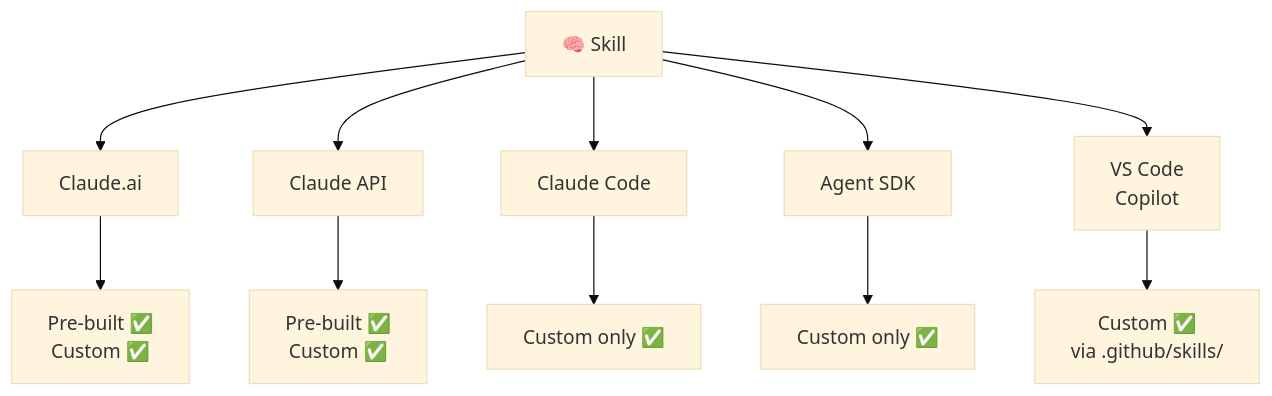
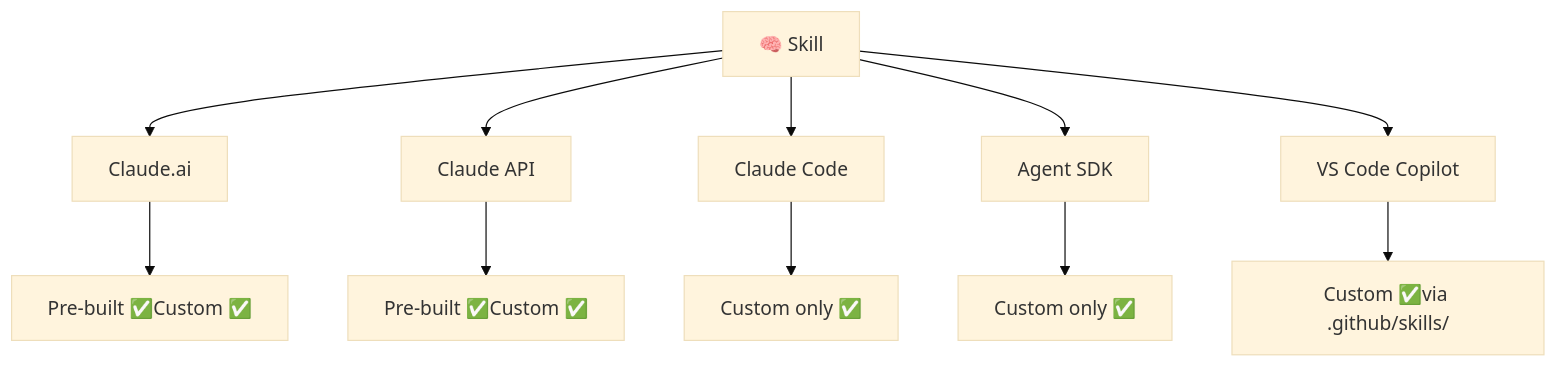
Before and after one commit to GraniLuk/Presentations: the third of 7 diagrams in 3_Skills/Skills-Presentation.md, drawn with Mermaid (base theme). The commit also changed other lines of this file, not shown here.

````diff
--- a/3_Skills/Skills-Presentation.md
+++ b/3_Skills/Skills-Presentation.md
@@ -356,14 +355,14 @@
 ```mermaid
 flowchart TB
     S[🧠 Skill] --> A[Claude.ai]
     S --> B[Claude API]
     S --> C[Claude Code]
     S --> D[Agent SDK]
-    S --> E[VS Code\nCopilot]
+    S --> E[VS Code Copilot]
 
-    A --> A1[Pre-built ✅\nCustom ✅]
-    B --> B1[Pre-built ✅\nCustom ✅]
+    A --> A1[Pre-built ✅Custom ✅]
+    B --> B1[Pre-built ✅Custom ✅]
     C --> C1[Custom only ✅]
     D --> D1[Custom only ✅]
-    E --> E1[Custom ✅\nvia .github/skills/]
+    E --> E1[Custom ✅via .github/skills/]
 ```
````
